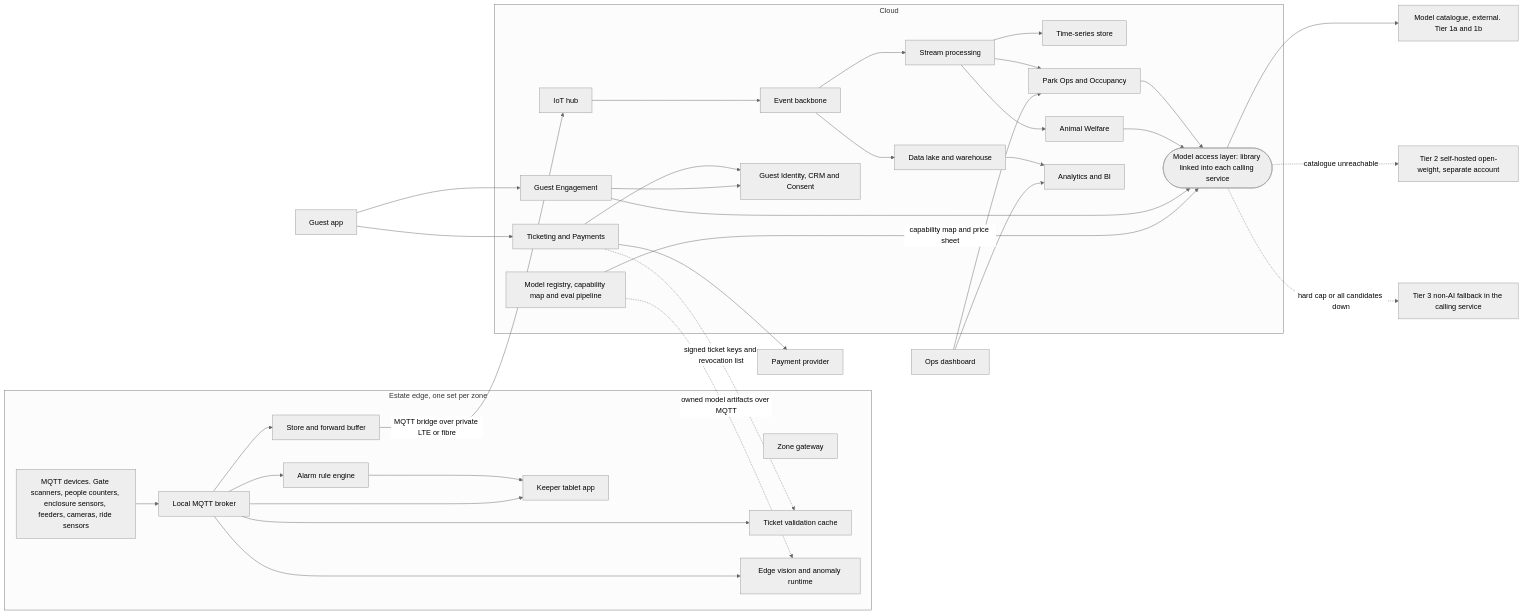
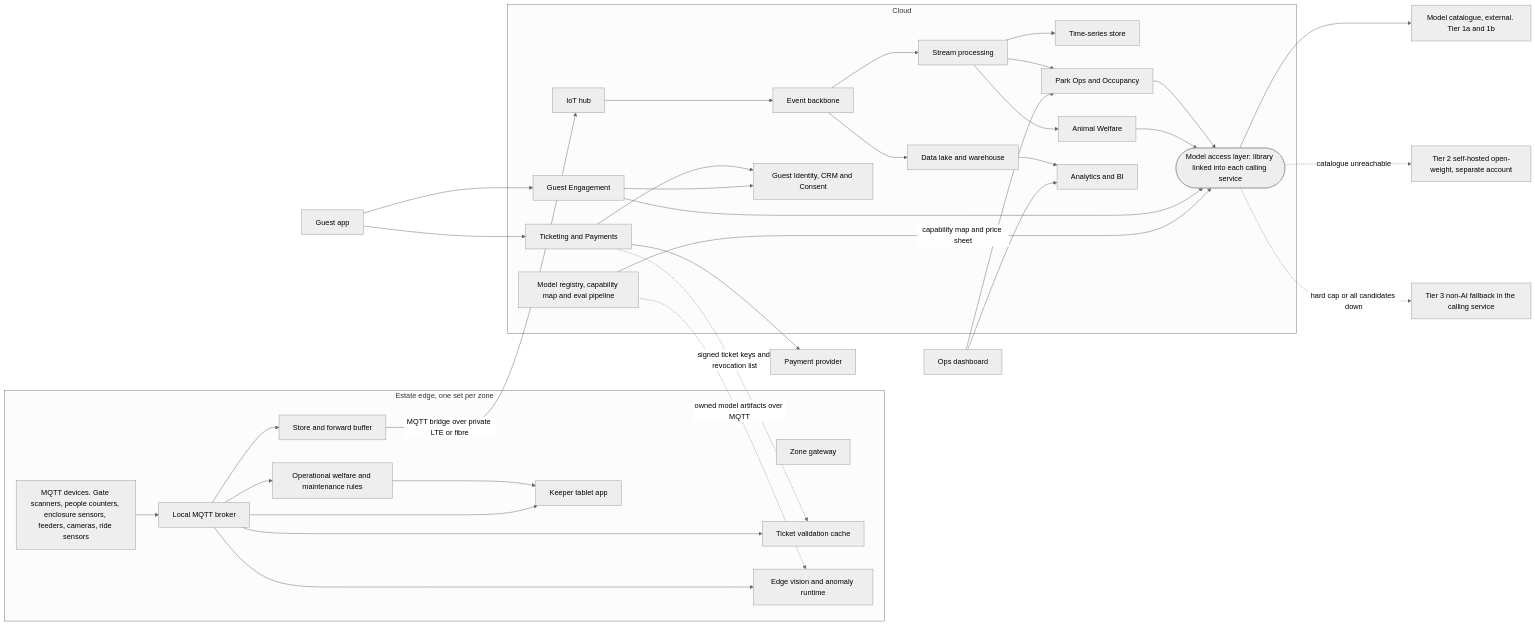
One commit to works-on-my-whiteboard/ai-architectural-katas-2026 changed the diagram in docs/architecture/02-containers.md. Above: the diagram before and after it, drawn with Mermaid (neutral theme). The commit also changed other lines of this file and 54 other files, not shown here.

````diff
--- a/docs/architecture/02-containers.md
+++ b/docs/architecture/02-containers.md
@@ -5,63 +5,63 @@
 ```mermaid
 flowchart LR
   subgraph EDGE["Estate edge, one set per zone"]
     DEV["MQTT devices. Gate scanners, people counters, enclosure sensors, feeders, cameras, ride sensors"]
     GW["Zone gateway"]
     BRK["Local MQTT broker"]
-    RUL["Alarm rule engine"]
+    RUL["Operational welfare and maintenance rules"]
     TKC["Ticket validation cache"]
     VIS["Edge vision and anomaly runtime"]
     BUF["Store and forward buffer"]
     KT["Keeper tablet app"]
     DEV --> BRK
     BRK --> RUL
     BRK --> VIS
     BRK --> BUF
     BRK --> TKC
     RUL --> KT
     BRK --> KT
   end
 
   BUF -- "MQTT bridge over private LTE or fibre" --> HUB
 
   subgraph CLOUD["Cloud"]
     HUB["IoT hub"]
     BUS["Event backbone"]
     STR["Stream processing"]
     TS["Time-series store"]
     LAKE["Data lake and warehouse"]
     TK["Ticketing and Payments"]
     ID["Guest Identity, CRM and Consent"]
     OPS["Park Ops and Occupancy"]
     AW["Animal Welfare"]
     ENG["Guest Engagement"]
     AN["Analytics and BI"]
     REG["Model registry, capability map and eval pipeline"]
     MAL(["Model access layer: library linked into each calling service"])
     HUB --> BUS
     BUS --> STR
     STR --> TS
     BUS --> LAKE
     STR --> OPS
     STR --> AW
     LAKE --> AN
     OPS --> MAL
     AW --> MAL
     ENG --> MAL
     REG -- "capability map and price sheet" --> MAL
     TK --> ID
     ENG --> ID
   end
 
   MAL --> CAT["Model catalogue, external. Tier 1a and 1b"]
   MAL -. "catalogue unreachable" .-> SH["Tier 2 self-hosted open-weight, separate account"]
   MAL -. "hard cap or all candidates down" .-> T3["Tier 3 non-AI fallback in the calling service"]
 
   APP["Guest app"] --> TK
   APP --> ENG
   DASH["Ops dashboard"] --> OPS
   DASH --> AN
   TK -. "signed ticket keys and revocation list" .-> TKC
   REG -. "owned model artifacts over MQTT" .-> VIS
   TK --> PAY["Payment provider"]
 ```
````
